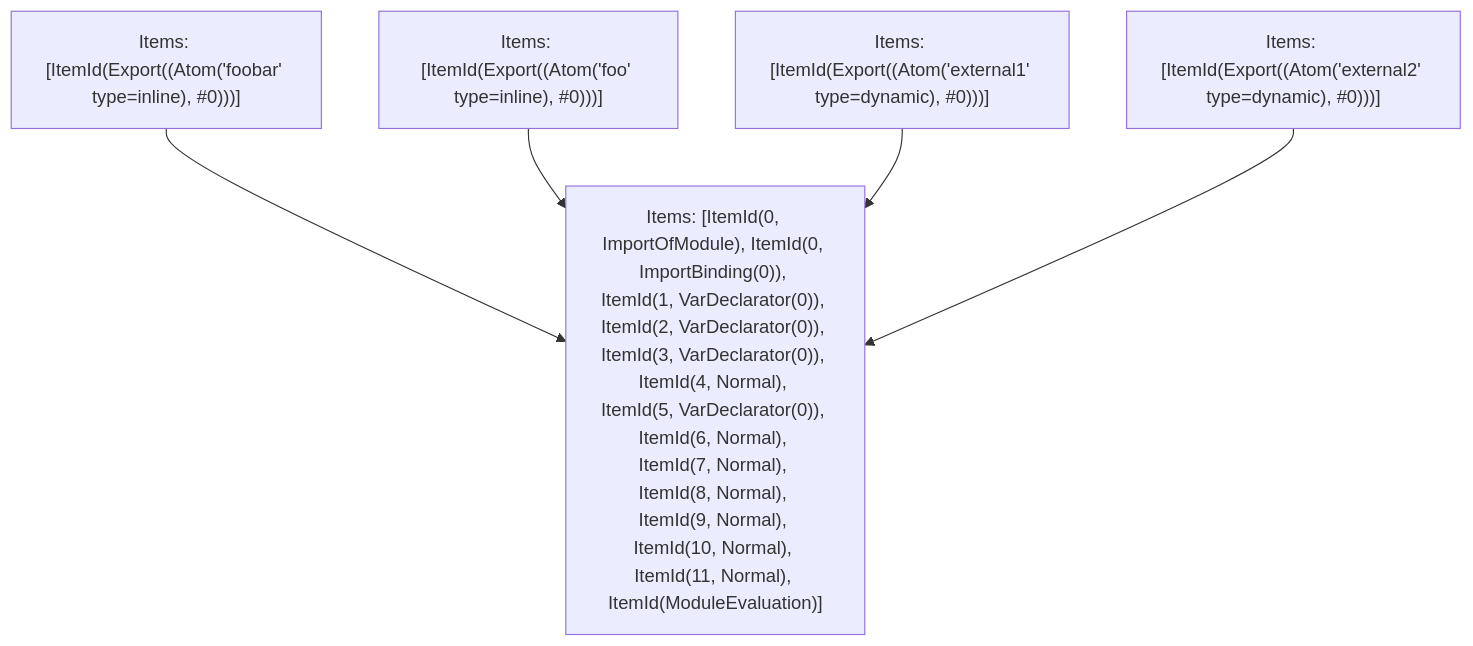
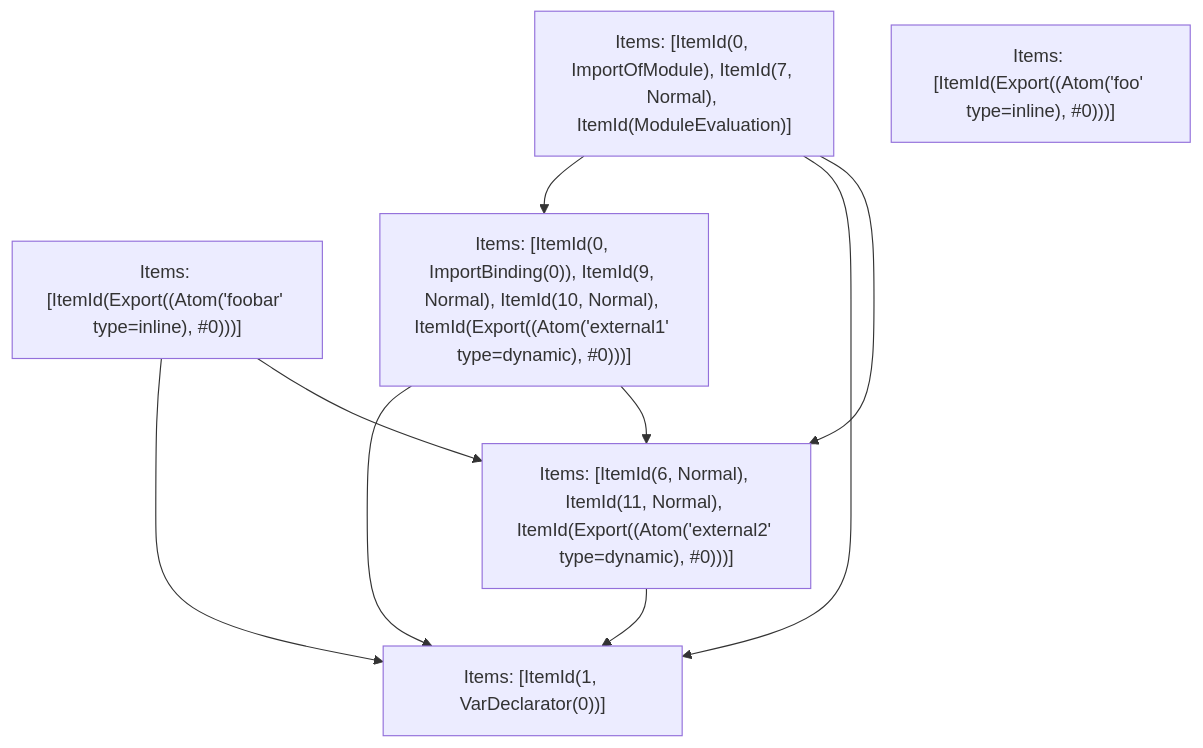
Before and after one commit to vercel/turborepo: the fifth of 5 diagrams in crates/turbopack-ecmascript/tests/tree-shaker/analyzer/1/output.md, drawn with Mermaid. The commit also changed other lines of this file and 3 other files, not shown here.

````diff
--- a/crates/turbopack-ecmascript/tests/tree-shaker/analyzer/1/output.md
+++ b/crates/turbopack-ecmascript/tests/tree-shaker/analyzer/1/output.md
@@ -352,12 +341,17 @@
 ```mermaid
 graph TD
-    N0["Items: [ItemId(0, ImportOfModule), ItemId(0, ImportBinding(0)), ItemId(1, VarDeclarator(0)), ItemId(2, VarDeclarator(0)), ItemId(3, VarDeclarator(0)), ItemId(4, Normal), ItemId(5, VarDeclarator(0)), ItemId(6, Normal), ItemId(7, Normal), ItemId(8, Normal), ItemId(9, Normal), ItemId(10, Normal), ItemId(11, Normal), ItemId(ModuleEvaluation)]"];
+    N0["Items: [ItemId(0, ImportOfModule), ItemId(7, Normal), ItemId(ModuleEvaluation)]"];
     N1["Items: [ItemId(Export((Atom('foobar' type=inline), #0)))]"];
     N2["Items: [ItemId(Export((Atom('foo' type=inline), #0)))]"];
-    N3["Items: [ItemId(Export((Atom('external1' type=dynamic), #0)))]"];
-    N4["Items: [ItemId(Export((Atom('external2' type=dynamic), #0)))]"];
-    N1 --> N0;
-    N2 --> N0;
-    N3 --> N0;
-    N4 --> N0;
+    N3["Items: [ItemId(0, ImportBinding(0)), ItemId(9, Normal), ItemId(10, Normal), ItemId(Export((Atom('external1' type=dynamic), #0)))]"];
+    N4["Items: [ItemId(6, Normal), ItemId(11, Normal), ItemId(Export((Atom('external2' type=dynamic), #0)))]"];
+    N5["Items: [ItemId(1, VarDeclarator(0))]"];
+    N0 --> N3;
+    N0 --> N5;
+    N0 --> N4;
+    N1 --> N5;
+    N1 --> N4;
+    N3 --> N5;
+    N3 --> N4;
+    N4 --> N5;
 ```
````
